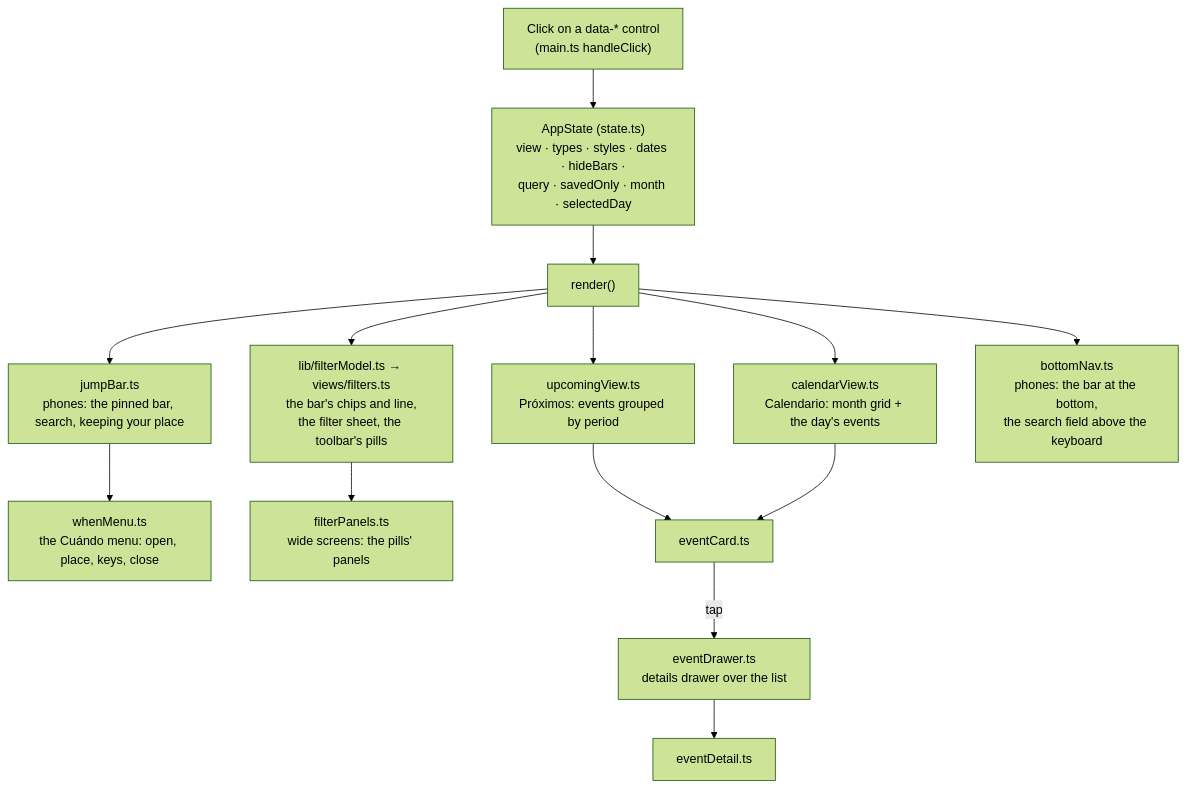
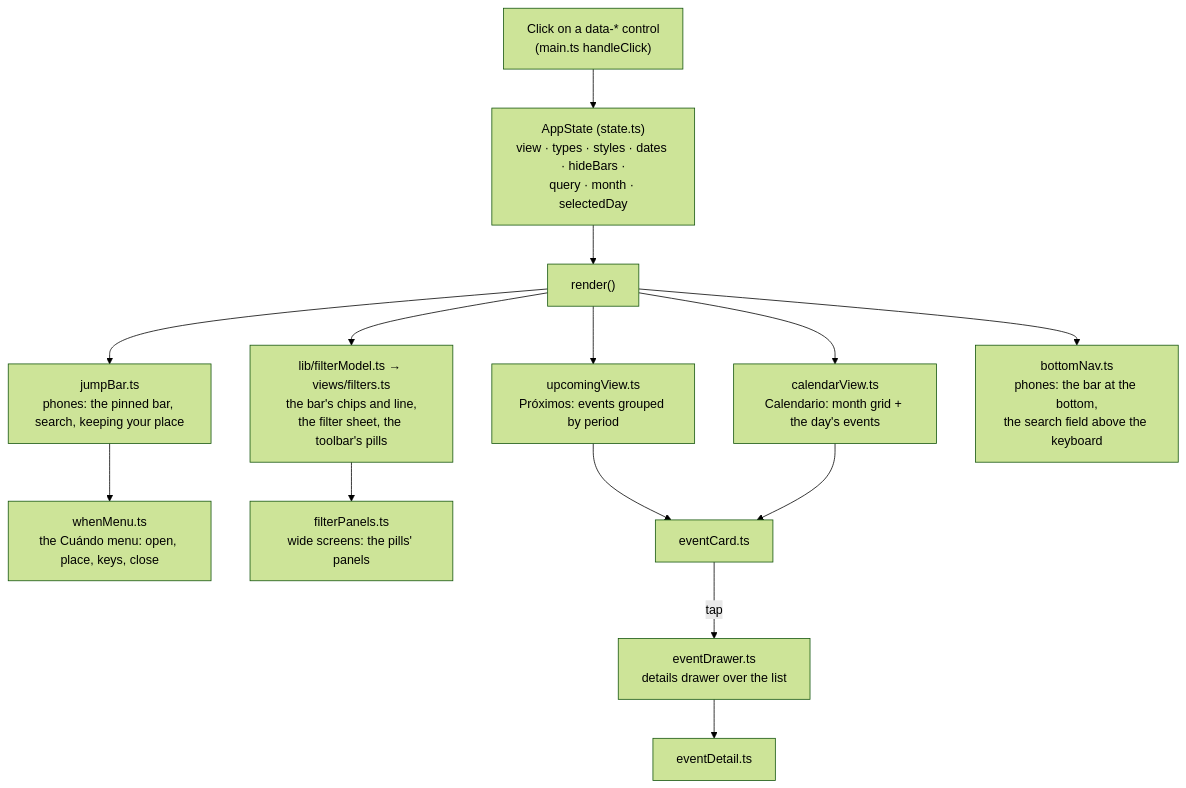
Before and after one commit to pa-bailar/pa-bailar.github.io: the seventh of 9 diagrams in docs/ARCHITECTURE.md, drawn with Mermaid (forest theme). The commit also changed other lines of this file and 36 other files, not shown here.

````diff
--- a/docs/ARCHITECTURE.md
+++ b/docs/ARCHITECTURE.md
@@ -377,17 +379,17 @@
 ```mermaid
 flowchart TD
-    ST["AppState (state.ts)<br/>view · types · styles · dates · hideBars ·<br/>query · savedOnly · month · selectedDay"]
+    ST["AppState (state.ts)<br/>view · types · styles · dates · hideBars ·<br/>query · month · selectedDay"]
     CLICK["Click on a data-* control<br/>(main.ts handleClick)"] --> ST
     ST --> R["render()"]
     R --> F["lib/filterModel.ts → views/filters.ts<br/>the bar's chips and line,<br/>the filter sheet, the toolbar's pills"]
     R --> U["upcomingView.ts<br/>Próximos: events grouped by period"]
     R --> C["calendarView.ts<br/>Calendario: month grid + the day's events"]
     R --> J["jumpBar.ts<br/>phones: the pinned bar, search, keeping your place"]
     J --> WM["whenMenu.ts<br/>the Cuándo menu: open, place, keys, close"]
     F --> FP["filterPanels.ts<br/>wide screens: the pills' panels"]
     R --> BN["bottomNav.ts<br/>phones: the bar at the bottom,<br/>the search field above the keyboard"]
     U --> CARD["eventCard.ts"]
     C --> CARD
     CARD -- "tap" --> DLG["eventDrawer.ts<br/>details drawer over the list"]
     DLG --> DET["eventDetail.ts"]
 ```
````
